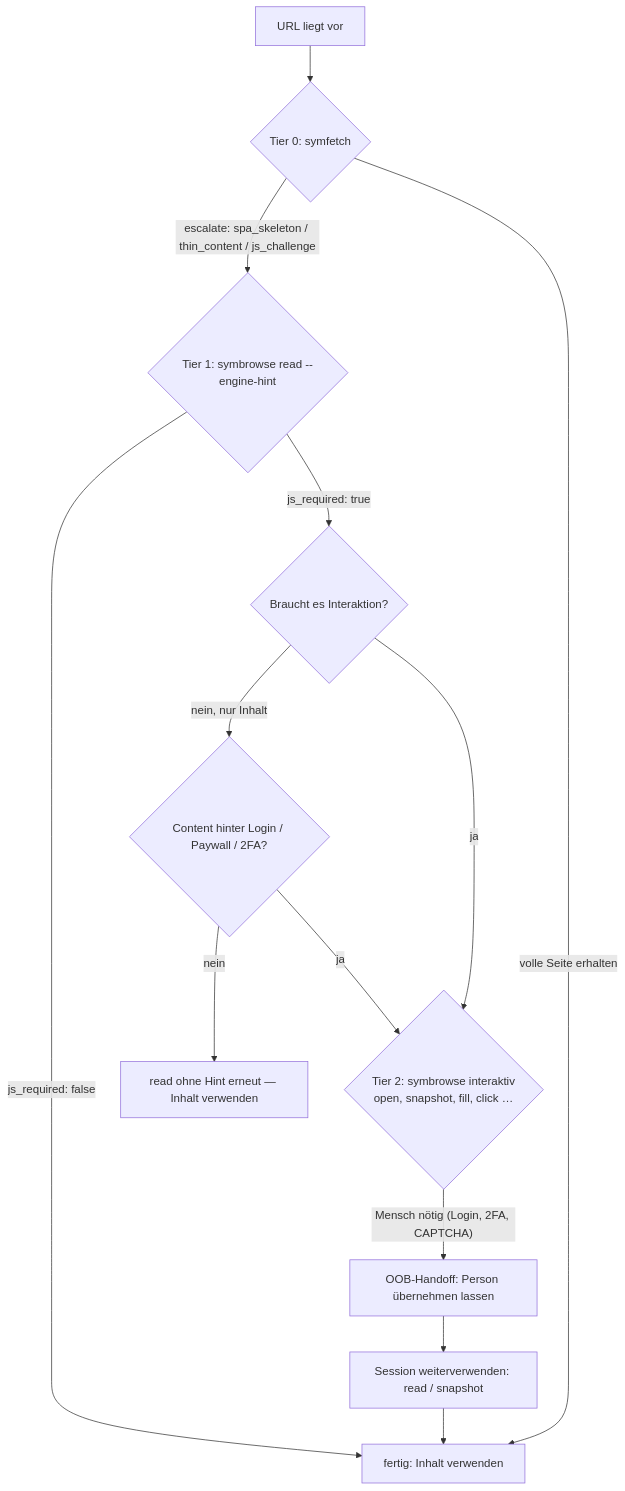
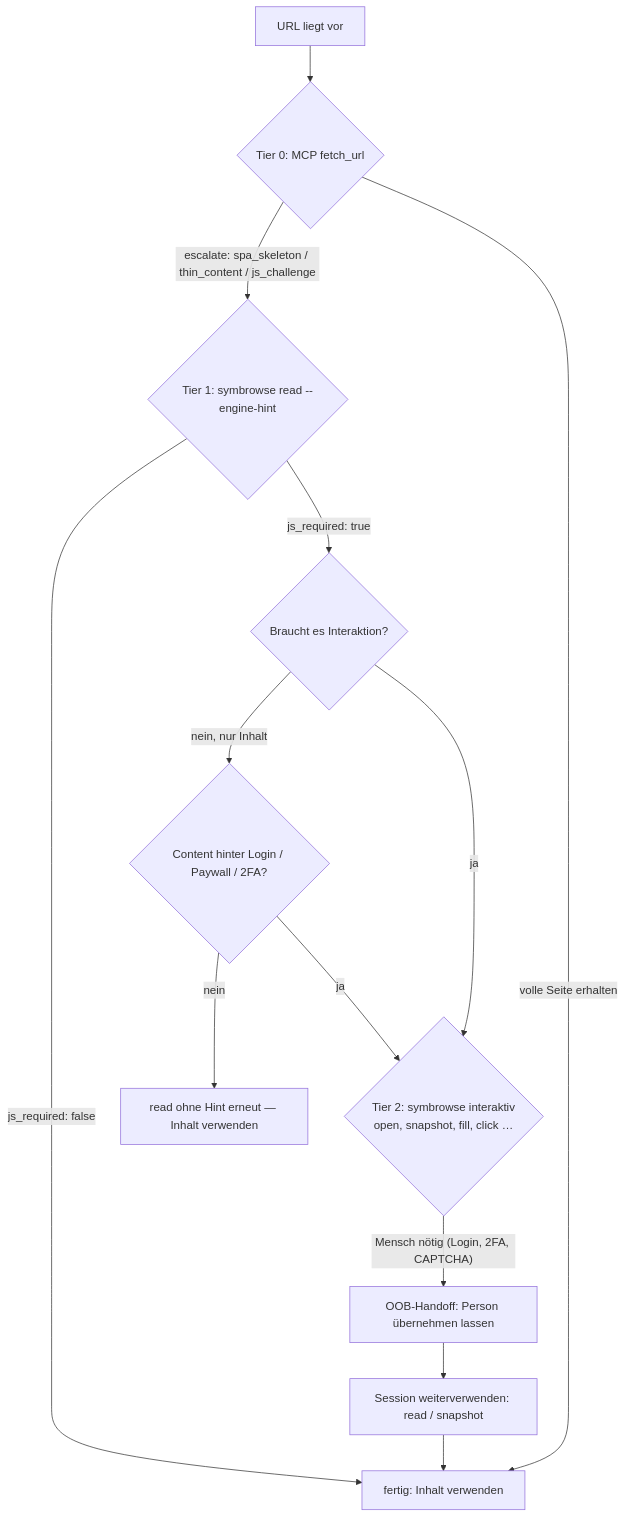
One commit to danieljustus/symaira-browse changed the diagram in docs/tiers.md. Above: the diagram before and after it, drawn with Mermaid. The commit also changed other lines of this file and 43 other files, not shown here.

First line of the commit message:
feat(fetch): unified cache retrieval, tier routing docs and fetch configuration (#392)

````diff
--- a/docs/tiers.md
+++ b/docs/tiers.md
@@ -55,15 +57,15 @@
 ```mermaid
 flowchart TD
-    A[URL liegt vor] --> B{Tier 0: symfetch}
+    A[URL liegt vor] --> B{Tier 0: MCP fetch_url}
     B -->|"escalate: spa_skeleton / thin_content / js_challenge"| C{Tier 1: symbrowse read --engine-hint}
     B -->|"volle Seite erhalten"| Z[fertig: Inhalt verwenden]
     C -->|"js_required: false"| Z
     C -->|"js_required: true"| D{Braucht es Interaktion?}
     D -->|nein, nur Inhalt| E{Content hinter Login / Paywall / 2FA?}
     E -->|nein| F[read ohne Hint erneut — Inhalt verwenden]
     E -->|ja| G{Tier 2: symbrowse interaktiv<br/>open, snapshot, fill, click …}
     D -->|ja| G
     G -->|"Mensch nötig (Login, 2FA, CAPTCHA)"| H[OOB-Handoff: Person übernehmen lassen]
     H --> I[Session weiterverwenden: read / snapshot]
     I --> Z
 ```
````
